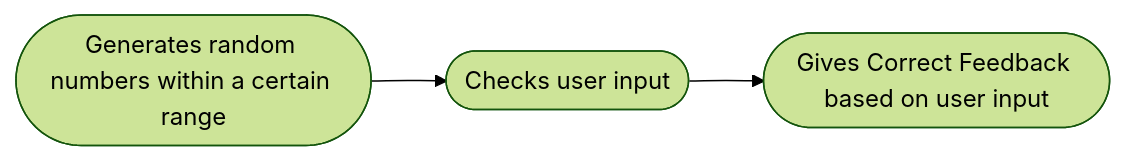
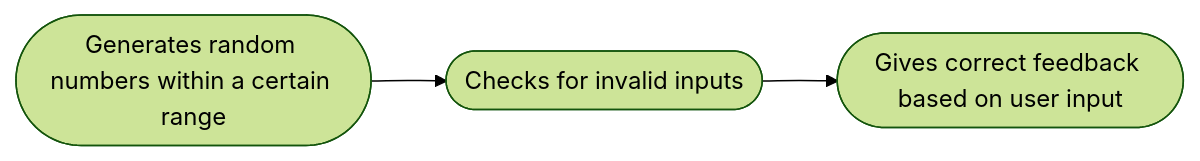
The diagram in guessing.md (AngieRodriguez1/angierodriguez1.github.io), drawn with Mermaid (forest theme) before and after one commit. The commit also changed other lines of this file, not shown here.

````diff
--- a/guessing.md
+++ b/guessing.md
@@ -1,4 +2,4 @@
 ```mermaid
 flowchart LR
-    A([Generates random numbers within a certain range]) --> B([Checks user input]) --> C([Gives Correct Feedback based on user input])
+    A([Generates random numbers within a certain range]) --> B([Checks for invalid inputs]) --> C([Gives correct feedback based on user input])
 ```
````
